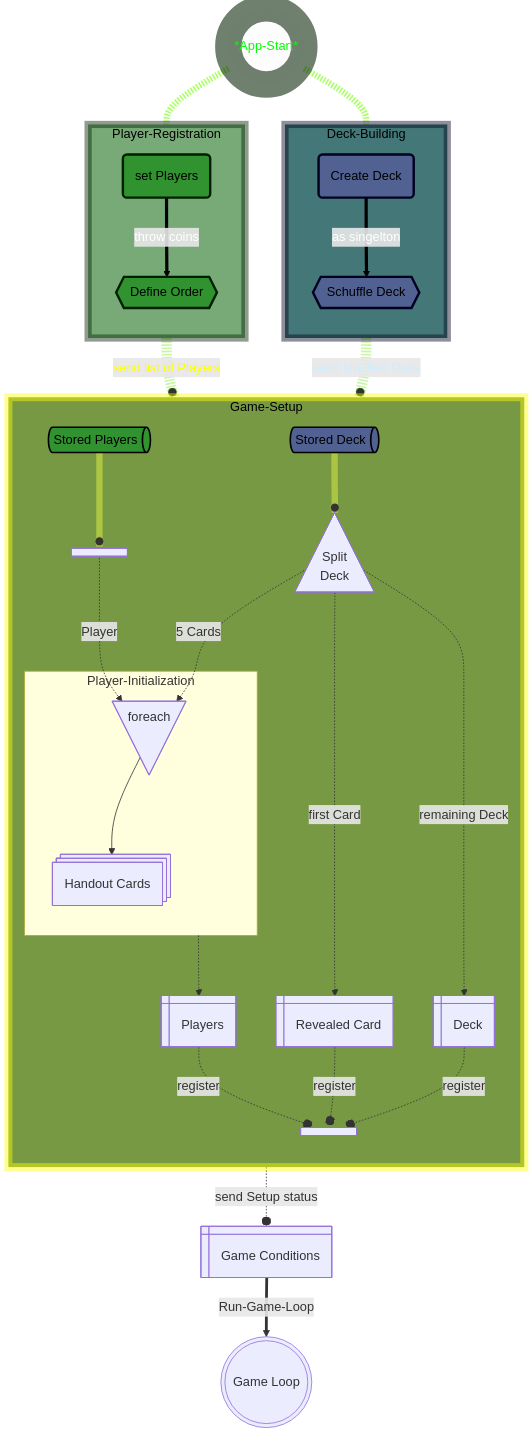
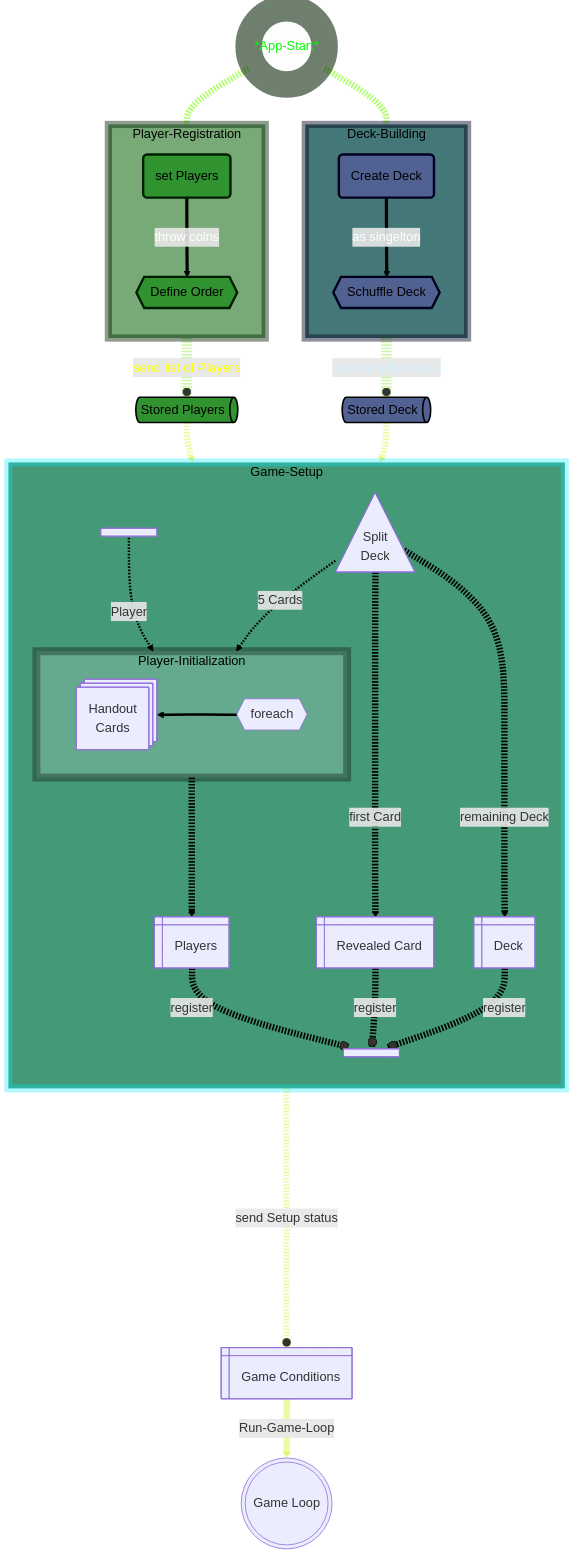
Before and after one commit to IxI-Enki/PoseUebung-016: the diagram in README.md, drawn with Mermaid. The commit also changed 3 other files, not shown here.

````diff
--- a/README.md
+++ b/README.md
@@ -23,11 +23,11 @@
     strt[         *App-Start*     ]@{ shape: circle   }
     init[         i               ]@{ shape: fork     }
     ip[           i               ]@{ shape: fork     }
-    e[            foreach         ]@{ shape: flip-tri }
+    e[            foreach         ]@{ shape: hex }
     d[            Deck            ]@{ shape: win-pane }
          
          id@{ shape: tri,     label: "Split\n Deck"  }
-    hndPlyr@{ shape: st-rect, label: "Handout Cards" }
+    hndPlyr@{ shape: st-rect, label: "Handout\nCards" }
     
   %% CLASS STYLES:
     style strt color:#0f0f, fill:#f1f4f230, stroke:#001f0090, stroke-width:33px;
@@ -43,8 +43,9 @@
     
     style Player-Registration color:#000, fill:#7a7, stroke:#001f0070, stroke-width:9px;
     style Deck-Building       color:#000, fill:#477, stroke:#00001f70, stroke-width:9px;
-    style Game-Setup          color:#000, fill:#794, stroke:#ffff0170, stroke-width:10px;
+    style Game-Setup          color:#000, fill:#497, stroke:#04edff50, stroke-width:10px;
   
+    style Player-Initialization color:#000, fill:#f0f0f031, stroke:#00000050, stroke-width:10px;
 
   %%_BUILDING: ________________________________________________________________
     strt -.- Deck-Building
@@ -57,7 +58,7 @@
       dfPlyr --> | throw coins | dfPlyrOrdr 
         linkStyle 2 color:#fff, stroke:#000, stroke-width:4px;
     end
-    Player-Registration -.-o | send list of Players | Game-Setup
+    Player-Registration -.-o | send list of Players | fxPlyr
       linkStyle 3 color:#ffff00, stroke:#a0f06090, stroke-width:13px;
 
     %%___DECK: ________________________
@@ -66,46 +67,47 @@
       crDck --> | as singelton | shDck
         linkStyle 4 color:#fff, stroke:#000, stroke-width:4px;
     end
-    Deck-Building -.-o | send shuffled Deck   | Game-Setup
+    Deck-Building -.-o | send shuffled Deck   | fxDck
       linkStyle 5 color:#cef, stroke:#a0f06090, stroke-width:13px;
    
+      fxPlyr -.-> ip
+      fxDck  -.-> id
+        linkStyle 6,7 stroke:#e0f0407f, stroke-width:8px;
+      
   %%_GAME-SETUP: ______________________________________________________________
     subgraph Game-Setup
       direction TB 
 
     %% PLAYER INIT:
-      fxPlyr --o ip
-      fxDck  --o id
-        linkStyle 6,7 stroke:#e0f0407f, stroke-width:8px;
-
-      ip -.-> | Player  | e
-      id -.-> | 5 Cards | e 
-      %%  linkStyle 6,7 stroke:#e0f0407f, stroke-width:8px;
+      ip -.-> | Player  | Player-Initialization
+      id -.-> | 5 Cards | Player-Initialization 
+        linkStyle 8,9 stroke:#000, stroke-width:3px;
 
         subgraph Player-Initialization
+          direction RL
           e --> hndPlyr
-          %%  linkStyle 6,7 stroke:#e0f0407f, stroke-width:8px;
+            linkStyle 10 stroke:#000, stroke-width:3px;
         end
 
       Player-Initialization -..-> players
-      %%  linkStyle 6,7 stroke:#e0f0407f, stroke-width:8px;
+      id                   -.->          | first Card     | rvCrd
+      id                   -.->          | remaining Deck | d
+      players              -.-o          | register | init   
+      rvCrd                -.-o          | register | init
+      d                    -.-o          | register | init
+ 
+       linkStyle 11,12,13,14,15,16 stroke:#000, stroke-width:8px;
+       
+  
+  
 
-      
-      id    -.-> | first Card     | rvCrd
-      id    -.-> | remaining Deck | d
-      %%  linkStyle 6,7 stroke:#e0f0407f, stroke-width:8px;
-      
-      players -.-o | register | init   
-      rvCrd   -.-o | register | init
-      d       -.-o | register | init
-      %%  linkStyle 6,7 stroke:#e0f0407f, stroke-width:8px;
     end
 
-    Game-Setup -.-o  | send Setup status | fxStrtCndtns 
-    %%  linkStyle 6,7 stroke:#e0f0407f, stroke-width:8px;
+    Game-Setup -......-o  | send Setup status | fxStrtCndtns 
+      linkStyle 17 stroke:#e0f0407f, stroke-width:8px;
 
   %% GAME-LOOP: 
     fxStrtCndtns ==> | Run-Game-Loop     | bgnGame
-    %%  linkStyle 6,7 stroke:#e0f0407f, stroke-width:8px;
+      linkStyle 18 stroke:#e0f0407f, stroke-width:8px;
 
 ```
````
